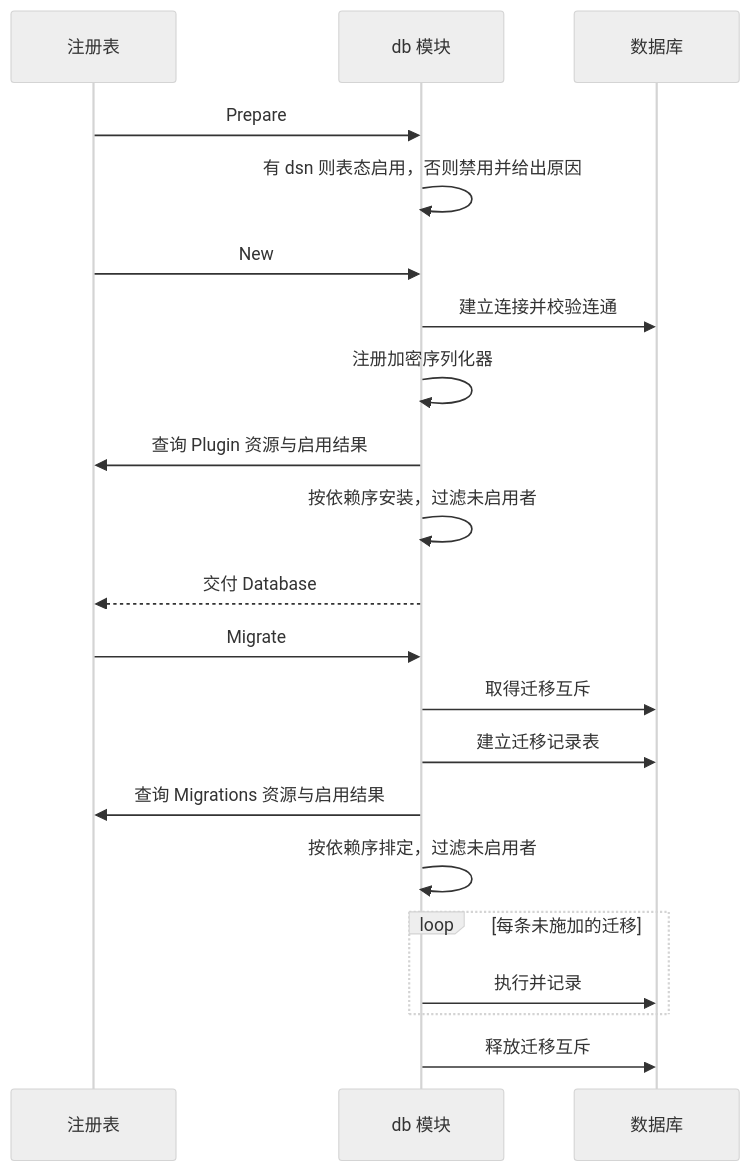
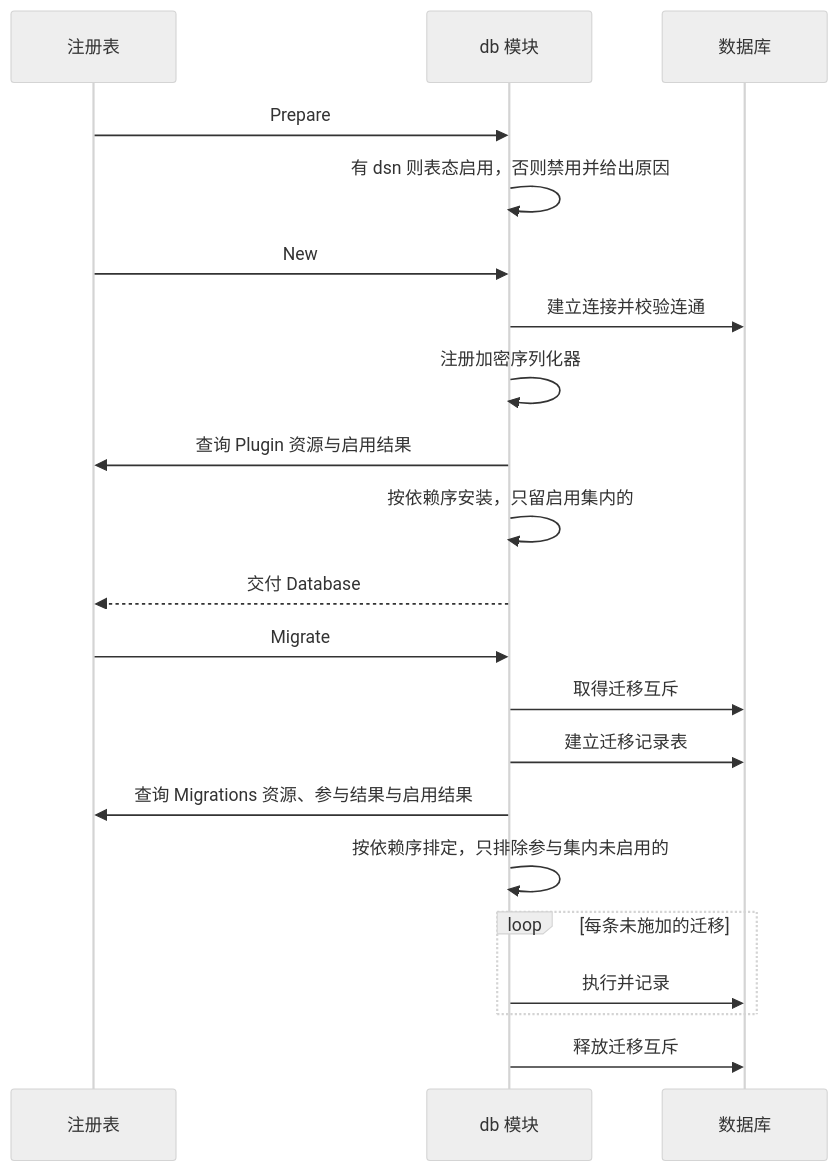
Before and after one commit to wangzw/speed: the second of 2 diagrams in docs/design/modules/design-db.md, drawn with Mermaid (neutral theme). The commit also changed other lines of this file and 17 other files, not shown here.

````diff
--- a/docs/design/modules/design-db.md
+++ b/docs/design/modules/design-db.md
@@ -198,23 +198,23 @@
 ```mermaid
 sequenceDiagram
     participant R as 注册表
     participant D as db 模块
     participant G as 数据库
     R->>D: Prepare
     D->>D: 有 dsn 则表态启用，否则禁用并给出原因
     R->>D: New
     D->>G: 建立连接并校验连通
     D->>D: 注册加密序列化器
     D->>R: 查询 Plugin 资源与启用结果
-    D->>D: 按依赖序安装，过滤未启用者
+    D->>D: 按依赖序安装，只留启用集内的
     D-->>R: 交付 Database
     R->>D: Migrate
     D->>G: 取得迁移互斥
     D->>G: 建立迁移记录表
-    D->>R: 查询 Migrations 资源与启用结果
-    D->>D: 按依赖序排定，过滤未启用者
+    D->>R: 查询 Migrations 资源、参与结果与启用结果
+    D->>D: 按依赖序排定，只排除参与集内未启用的
     loop 每条未施加的迁移
         D->>G: 执行并记录
     end
     D->>G: 释放迁移互斥
 ```
````
